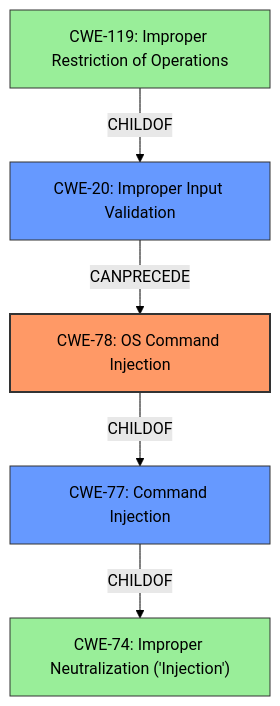
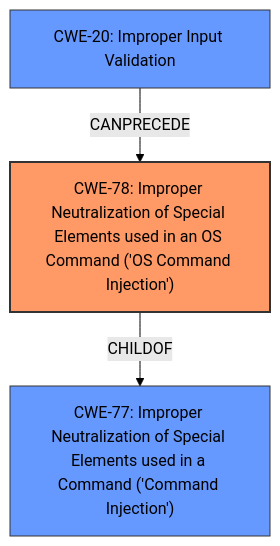
Before and after one commit to CyberSecAI/cwe_agent_assign_reports_2023: the diagram in CVE-2021-1497/CVE-2021-1497_analysis.md, drawn with Mermaid (forest theme). The commit also changed other lines of this file and 902 other files, not shown here.

````diff
--- a/CVE-2021-1497/CVE-2021-1497_analysis.md
+++ b/CVE-2021-1497/CVE-2021-1497_analysis.md
@@ -17,20 +17,14 @@
 ```mermaid
 graph TD
-    cwe78["CWE-78: OS Command Injection"]
-    cwe77["CWE-77: Command Injection"]
-    cwe74["CWE-74: Improper Neutralization ('Injection')"]
+    cwe78["CWE-78: Improper Neutralization of Special Elements used in an OS Command ('OS Command Injection')"]
+    cwe77["CWE-77: Improper Neutralization of Special Elements used in a Command ('Command Injection')"]
     cwe20["CWE-20: Improper Input Validation"]
-    cwe119["CWE-119: Improper Restriction of Operations"]
 
     cwe78 -->|CHILDOF| cwe77
-    cwe77 -->|CHILDOF| cwe74
-    cwe119 -->|CHILDOF| cwe20
     cwe20 -->|CANPRECEDE| cwe78
-
+    
     classDef primary fill:#f96,stroke:#333,stroke-width:2px
     classDef secondary fill:#69f,stroke:#333
-    classDef tertiary fill:#9e9,stroke:#333
     class cwe78 primary
     class cwe77,cwe20 secondary
-    class cwe74,cwe119 tertiary
 ```
````
